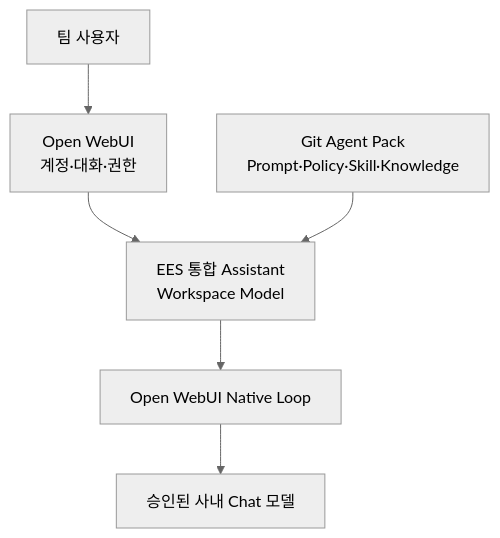
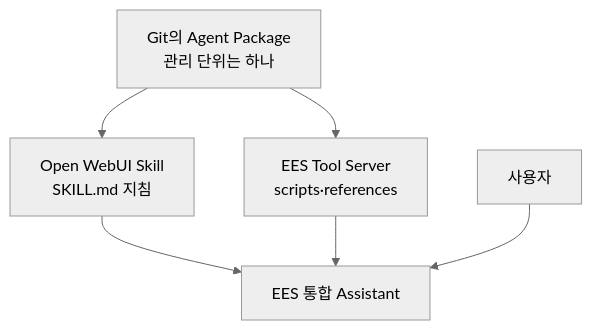
The first of 8 diagrams in docs/03-openwebui-native-agent.md (knadalkim-a11y/team-agent-poc), drawn with Mermaid (neutral theme) before and after one commit. The commit also changed other lines of this file, not shown here.

Commit message:
docs: simplify agent package runtime diagrams

````diff
--- a/docs/03-openwebui-native-agent.md
+++ b/docs/03-openwebui-native-agent.md
@@ -8,8 +10,12 @@
 ```mermaid
 flowchart TB
-    User["팀 사용자"] --> WebUI["Open WebUI<br/>계정·대화·권한"]
-    WebUI --> Assistant["EES 통합 Assistant<br/>Workspace Model"]
-    Pack["Git Agent Pack<br/>Prompt·Policy·Skill·Knowledge"] --> Assistant
-    Assistant --> Native["Open WebUI Native Loop"]
-    Native --> LLM["승인된 사내 Chat 모델"]
+    Pack["Git의 Agent Package<br/>관리 단위는 하나"]
+    Skill["Open WebUI Skill<br/>SKILL.md 지침"]
+    Tool["EES Tool Server<br/>scripts·references"]
+    Assistant["EES 통합 Assistant"]
+    User["사용자"]
+
+    Pack --> Skill --> Assistant
+    Pack --> Tool --> Assistant
+    User --> Assistant
 ```
````
